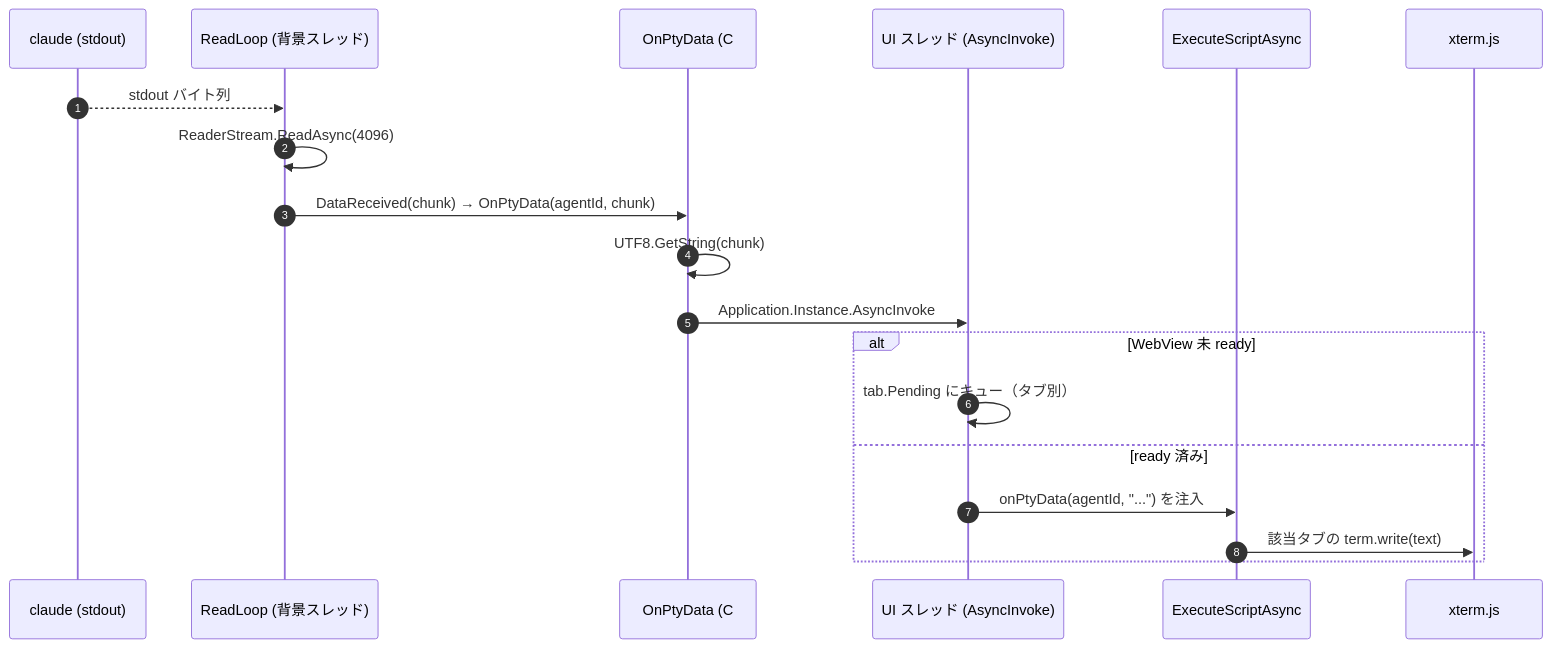
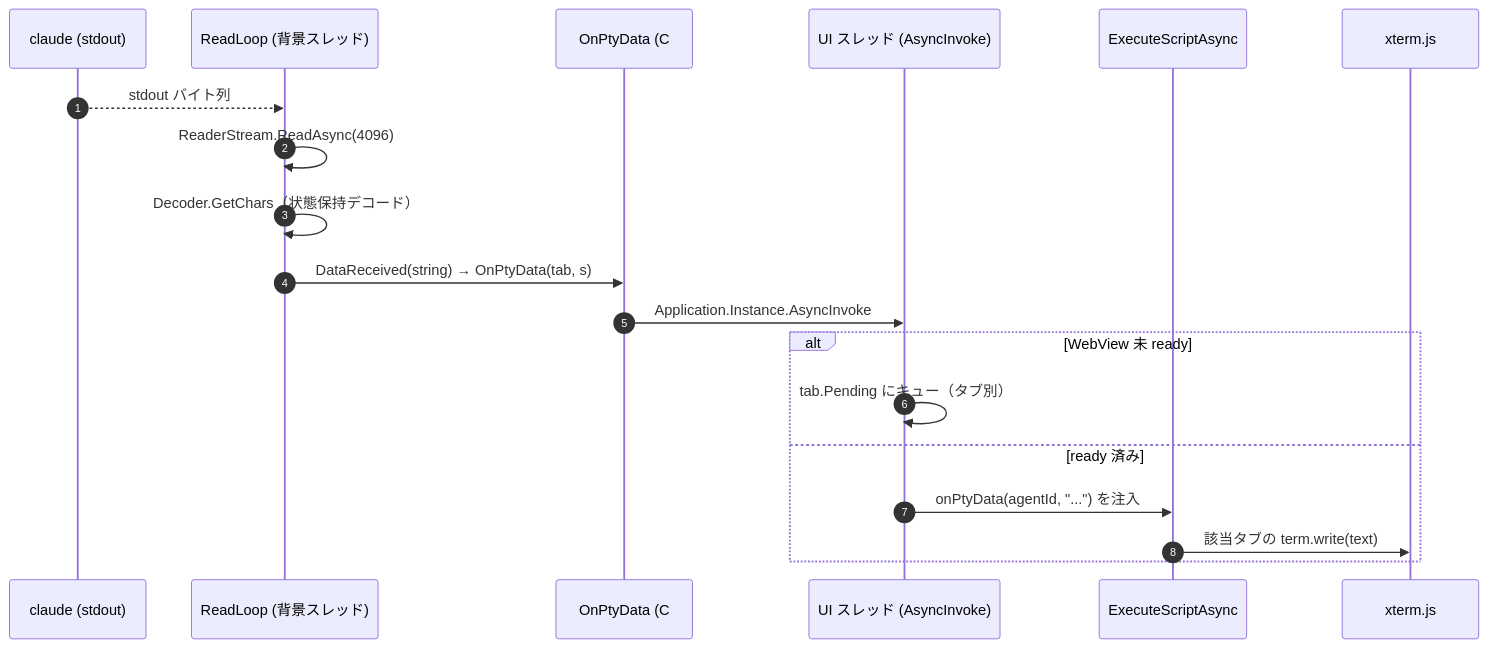
Before and after one commit to 4kk11/CoRhino: the second of 2 diagrams in docs/details/io-flow-xterm-pty.md, drawn with Mermaid. The commit also changed other lines of this file and 3 other files, not shown here.

First line of the commit message:
🐛 fix: decode PTY output with a stateful UTF-8 decoder

````diff
--- a/docs/details/io-flow-xterm-pty.md
+++ b/docs/details/io-flow-xterm-pty.md
@@ -87,22 +87,22 @@
 ```mermaid
 sequenceDiagram
     autonumber
     participant CL as claude (stdout)
     participant RL as ReadLoop (背景スレッド)
     participant OP as OnPtyData (C#)
     participant UIth as UI スレッド (AsyncInvoke)
     participant WV as ExecuteScriptAsync
     participant X as xterm.js
 
     CL-->>RL: stdout バイト列
     RL->>RL: ReaderStream.ReadAsync(4096)
-    RL->>OP: DataReceived(chunk) → OnPtyData(agentId, chunk)
-    OP->>OP: UTF8.GetString(chunk)
+    RL->>RL: Decoder.GetChars（状態保持デコード）
+    RL->>OP: DataReceived(string) → OnPtyData(tab, s)
     OP->>UIth: Application.Instance.AsyncInvoke
     alt WebView 未 ready
         UIth->>UIth: tab.Pending にキュー（タブ別）
     else ready 済み
         UIth->>WV: onPtyData(agentId, "...") を注入
         WV->>X: 該当タブの term.write(text)
     end
 ```
````
